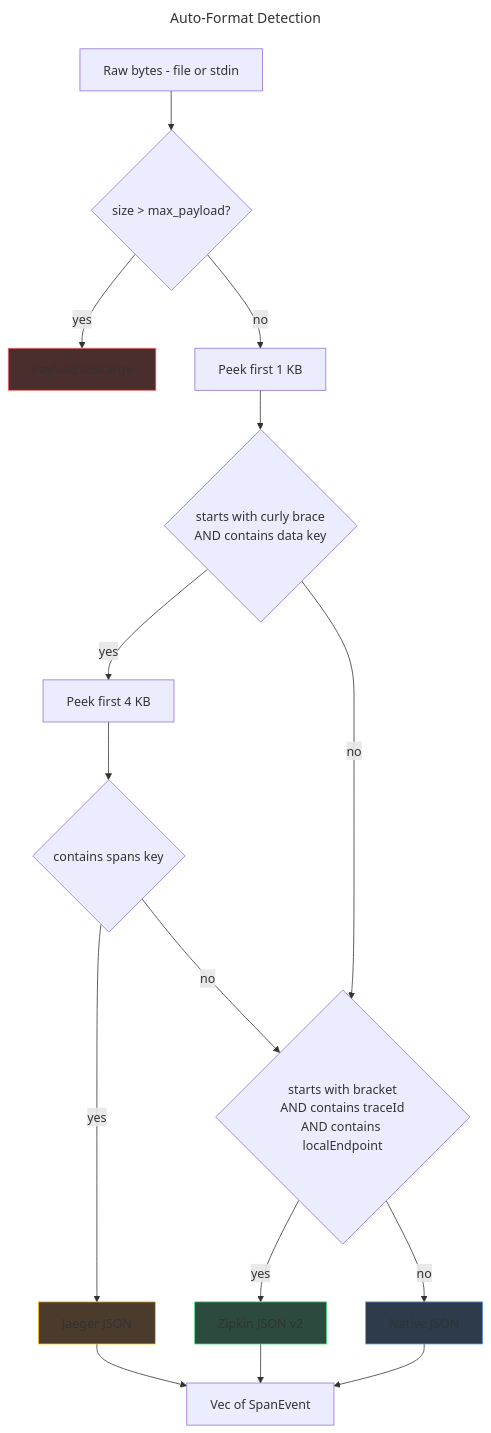
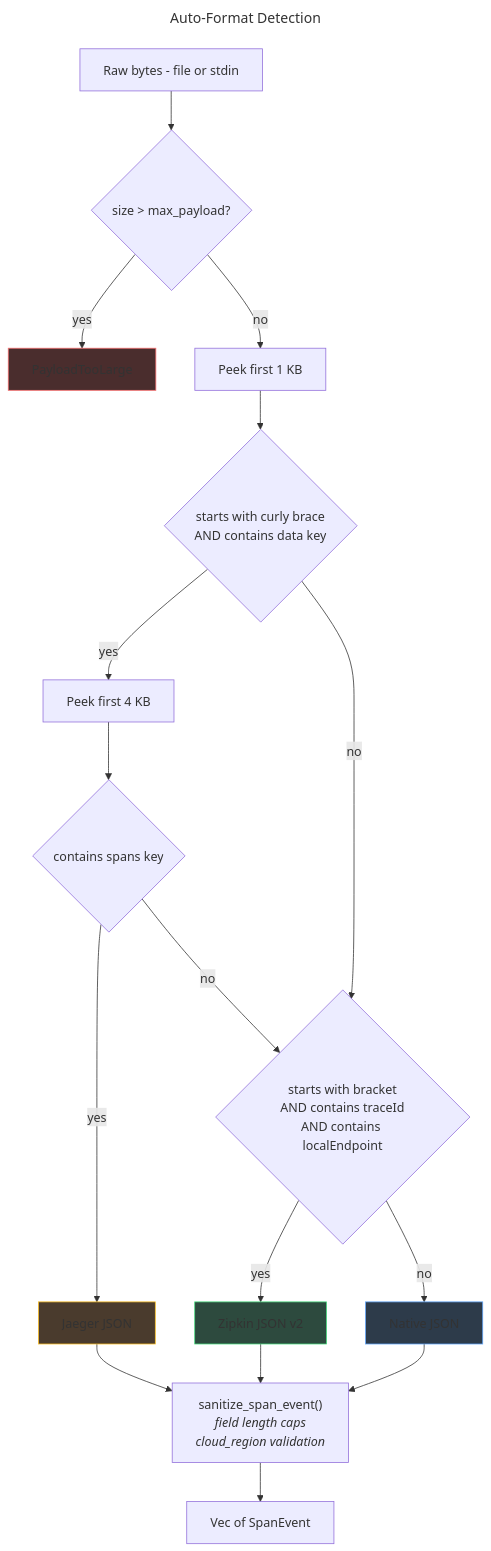
Before and after one commit to robintra/perf-sentinel: the diagram in docs/diagrams/mmd/ingestion.mmd, drawn with Mermaid. The commit also changed 71 other files, not shown here.

```diff
--- a/docs/diagrams/mmd/ingestion.mmd
+++ b/docs/diagrams/mmd/ingestion.mmd
@@ -1,43 +1,46 @@
 ---
 title: Auto-Format Detection
 ---
 flowchart TD
     raw["Raw bytes - file or stdin"]
     size{"size > max_payload?"}
     reject["PayloadTooLarge"]
 
     peek["Peek first 1 KB"]
 
     obj_check{"starts with curly brace\nAND contains data key"}
     deeper["Peek first 4 KB"]
     spans_check{"contains spans key"}
 
     zipkin_check{"starts with bracket\nAND contains traceId\nAND contains localEndpoint"}
 
     jaeger_parse["Jaeger JSON"]
     zipkin_parse["Zipkin JSON v2"]
     native_parse["Native JSON"]
 
+    sanitize["sanitize_span_event()<br/><i>field length caps<br/>cloud_region validation</i>"]
+
     output["Vec of SpanEvent"]
 
     raw --> size
     size -- "yes" --> reject
     size -- "no" --> peek
 
     peek --> obj_check
     obj_check -- "yes" --> deeper
     deeper --> spans_check
     spans_check -- "yes" --> jaeger_parse
     spans_check -- "no" --> zipkin_check
     obj_check -- "no" --> zipkin_check
     zipkin_check -- "yes" --> zipkin_parse
     zipkin_check -- "no" --> native_parse
 
-    jaeger_parse --> output
-    zipkin_parse --> output
-    native_parse --> output
+    jaeger_parse --> sanitize
+    zipkin_parse --> sanitize
+    native_parse --> sanitize
+    sanitize --> output
 
     style reject fill:#4a2d2d,stroke:#f87171
     style jaeger_parse fill:#4a3b2d,stroke:#fbbf24
     style zipkin_parse fill:#2d4a3e,stroke:#4ade80
     style native_parse fill:#2d3b4a,stroke:#60a5fa
```
